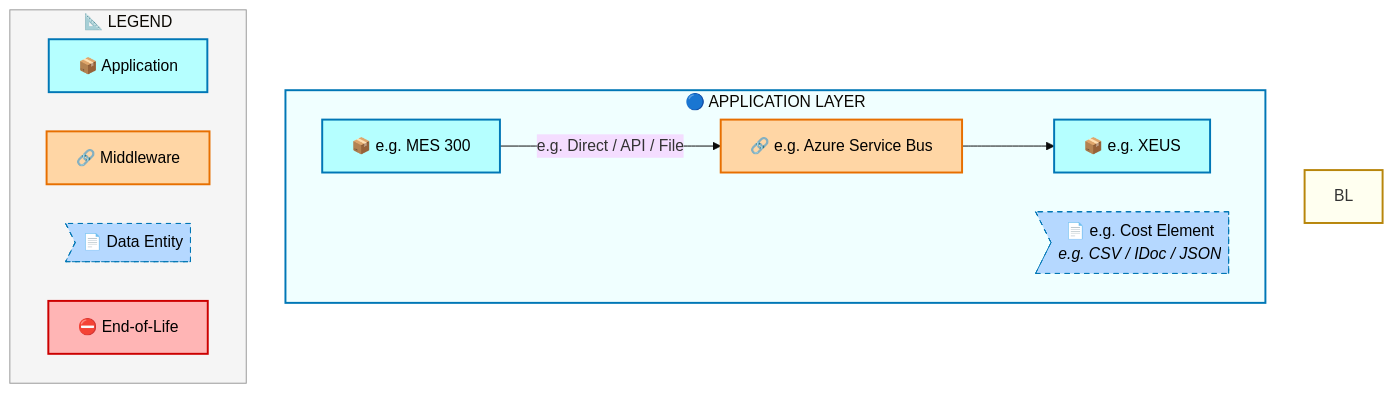
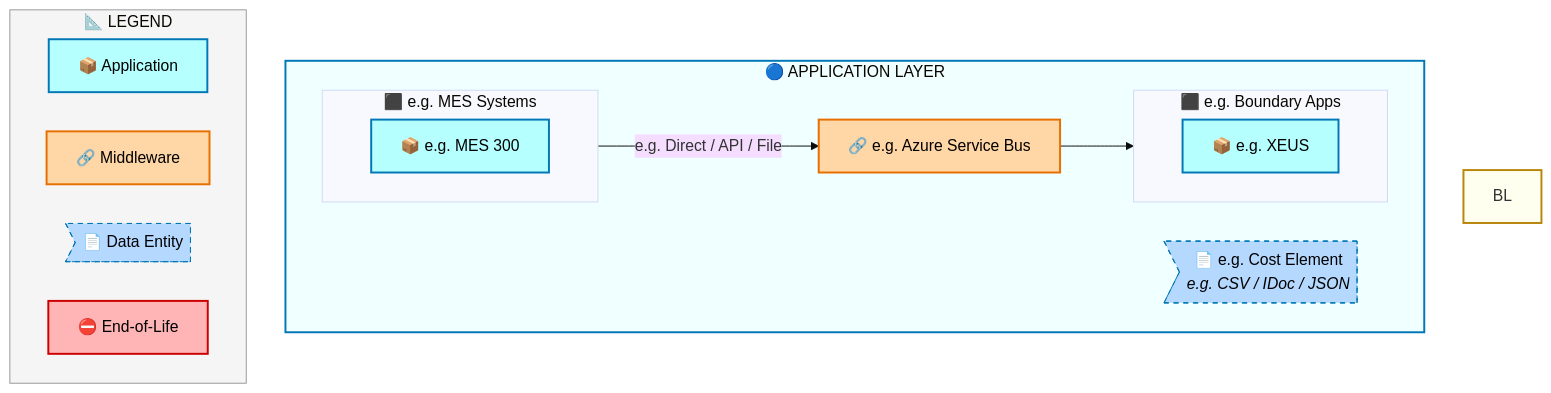
One commit to sajivfrancis777/IAO-Architecture changed diagram 18 of 21 in towers/E2E/Order to Cash/IF_Simplified_PO-SO_Model/output/docs/systems-architecture/IF_Simplified_PO-SO_Model-Architecture.md. Above: the diagram before and after it, drawn with Mermaid. The commit also changed other lines of this file and 375 other files, not shown here.

First line of the commit message:
fix: Mermaid subgraph syntax for lane names with parens + PDF print footer on every page

````diff
--- a/towers/E2E/Order to Cash/IF_Simplified_PO-SO_Model/output/docs/systems-architecture/IF_Simplified_PO-SO_Model-Architecture.md
+++ b/towers/E2E/Order to Cash/IF_Simplified_PO-SO_Model/output/docs/systems-architecture/IF_Simplified_PO-SO_Model-Architecture.md
@@ -2763,34 +2763,40 @@
 ```mermaid
 %%{init: {"theme": "base", "securityLevel": "loose", "themeVariables": {"fontSize": "16px", "fontFamily": "Segoe UI, Arial, sans-serif"}, "flowchart": {"useMaxWidth": false, "htmlLabels": true, "nodeSpacing": 40, "rankSpacing": 50}} }%%
 flowchart TB
     %% -- ArchiMate-inspired style classes --
     classDef business      fill:#FFFFB5,stroke:#B8860B,stroke-width:2px,color:#000
     classDef app           fill:#B5FFFF,stroke:#0077B6,stroke-width:2px,color:#000
     classDef data          fill:#B5D8FF,stroke:#0077B6,stroke-width:1px,color:#000,stroke-dasharray: 5 5
     classDef middleware    fill:#FFD6A5,stroke:#E76F00,stroke-width:2px,color:#000
     classDef eol           fill:#FFB5B5,stroke:#CC0000,stroke-width:2px,color:#000
 
     subgraph AL["🔵 APPLICATION LAYER"]
         direction LR
-        IF_Simplified_POSO_ModelC_e_g_MES_300["📦 e.g. MES 300"]:::app
-        IF_Simplified_POSO_ModelC_e_g_XEUS["📦 e.g. XEUS"]:::app
+        subgraph IF_Simplified_POSO_ModelCLN_e_g_Boundary_Apps[" ⬛ e.g. Boundary Apps"]
+            direction LR
+            IF_Simplified_POSO_ModelC_e_g_XEUS["📦 e.g. XEUS"]:::app
+        end
+        subgraph IF_Simplified_POSO_ModelCLN_e_g_MES_Systems[" ⬛ e.g. MES Systems"]
+            direction LR
+            IF_Simplified_POSO_ModelC_e_g_MES_300["📦 e.g. MES 300"]:::app
+        end
         IF_Simplified_POSO_ModelCMW_e_g_Azure_Service_Bus["🔗 e.g. Azure Service Bus"]:::middleware
         IF_Simplified_POSO_ModelCDE_e_g_Cost_Element>"📄 e.g. Cost Element<br/><i>e.g. CSV / IDoc / JSON</i>"]:::data
     end
 
     IF_Simplified_POSO_ModelC_e_g_MES_300 -->|"e.g. Direct / API / File"| IF_Simplified_POSO_ModelCMW_e_g_Azure_Service_Bus
     IF_Simplified_POSO_ModelCMW_e_g_Azure_Service_Bus --> IF_Simplified_POSO_ModelC_e_g_XEUS
 
 
     style BL fill:#FFFFF0,stroke:#B8860B,stroke-width:2px
     style AL fill:#F0FFFF,stroke:#0077B6,stroke-width:2px
 
     subgraph Legend["📐 LEGEND"]
         direction LR
         L_APP["📦 Application"]:::app
         L_MW["🔗 Middleware"]:::middleware
         L_DE>"📄 Data Entity"]:::data
         L_EOL["⛔ End-of-Life"]:::eol
     end
     style Legend fill:#F5F5F5,stroke:#999,stroke-width:1px
 ```
````
